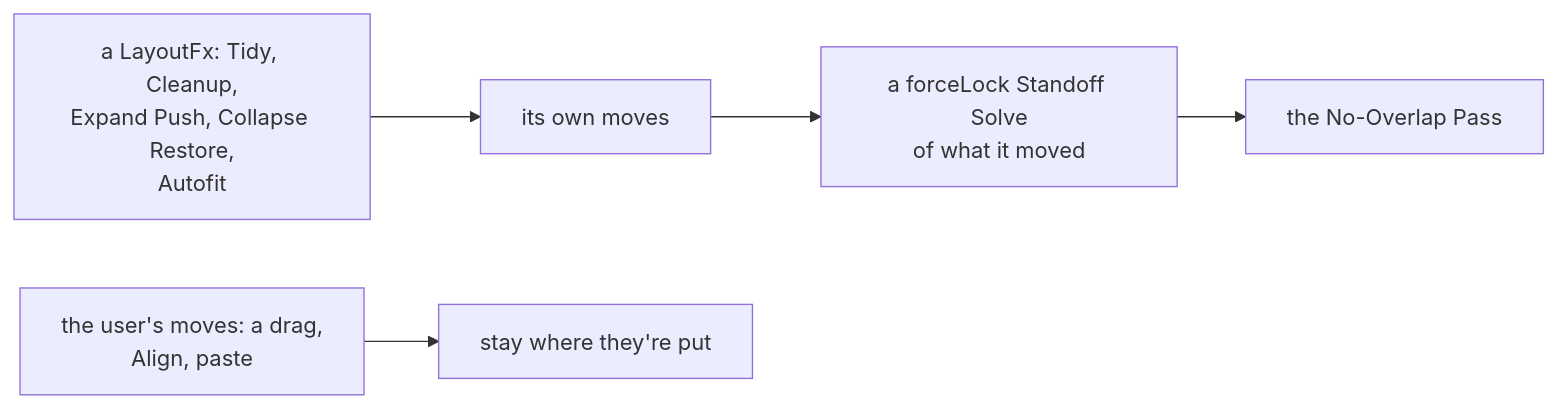
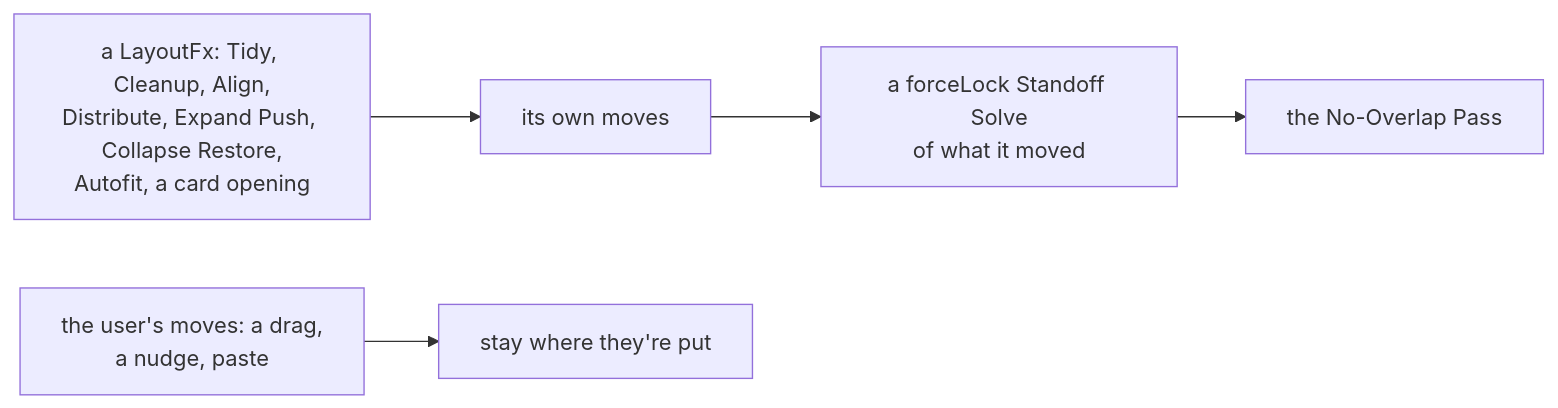
One commit to bubba8587/solenoid changed the second of 2 diagrams in tree/specs/canvas/group-expand-push.md. Above: the diagram before and after it, drawn with Mermaid. The commit also changed other lines of this file and 5 other files, not shown here.

First line of the commit message:
Align, Distribute and opening a card end with the No-Overlap Pass

````diff
--- a/tree/specs/canvas/group-expand-push.md
+++ b/tree/specs/canvas/group-expand-push.md
@@ -118,7 +118,7 @@
 ```mermaid
 flowchart LR
-    fx["a LayoutFx: Tidy, Cleanup,<br>Expand Push, Collapse Restore,<br>Autofit"] --> own["its own moves"]
+    fx["a LayoutFx: Tidy, Cleanup, Align,<br>Distribute, Expand Push, Collapse Restore,<br>Autofit, a card opening"] --> own["its own moves"]
     own --> solve["a forceLock Standoff Solve<br>of what it moved"]
     solve --> ov["the No-Overlap Pass"]
-    user["the user's moves: a drag,<br>Align, paste"] --> stay["stay where they're put"]
+    user["the user's moves: a drag,<br>a nudge, paste"] --> stay["stay where they're put"]
 ```
````
